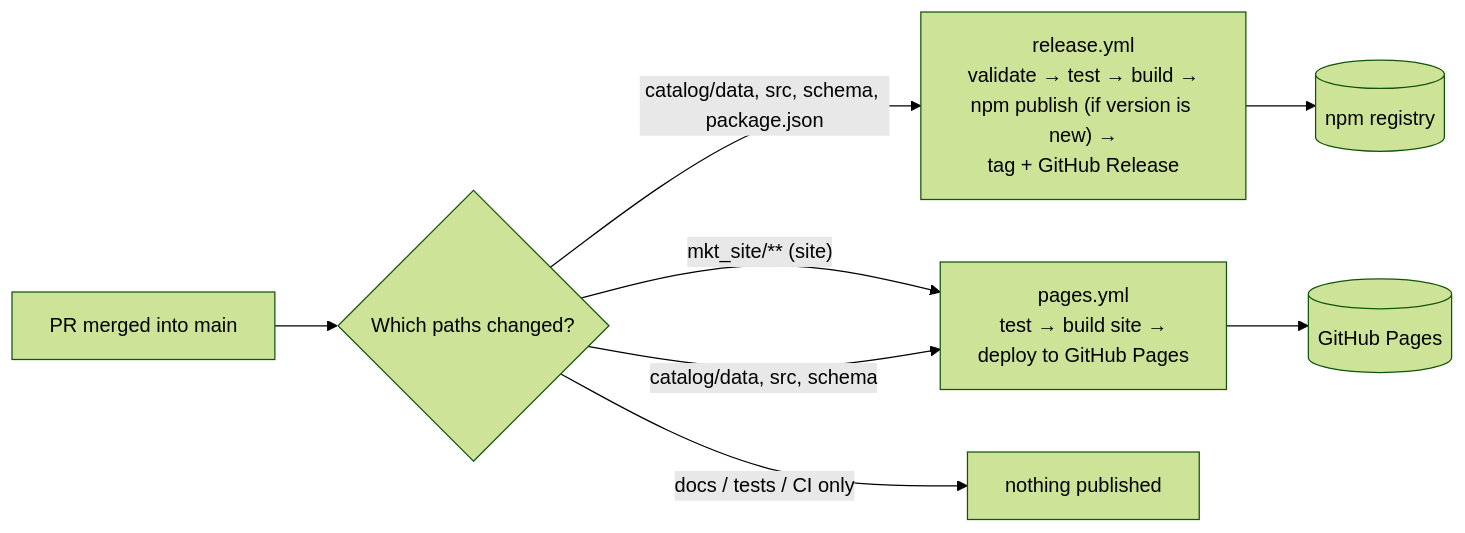
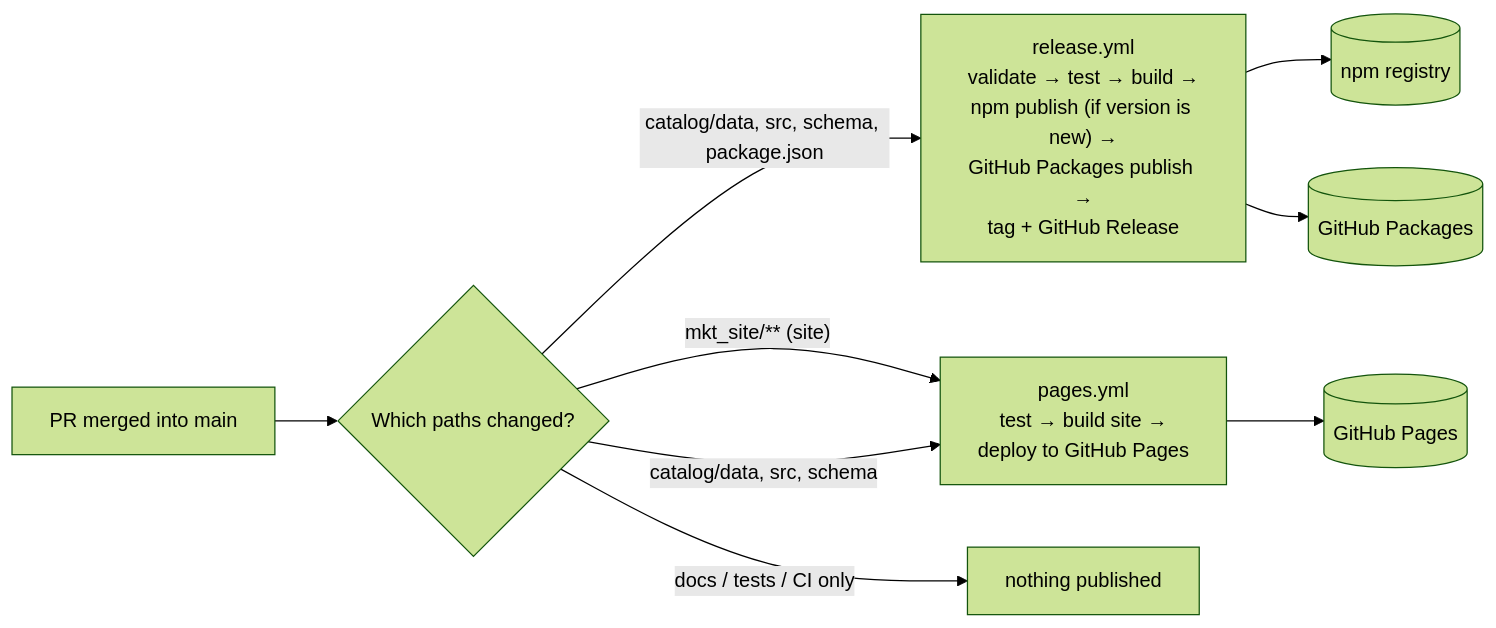
One commit to mhsalves/yugioh-fb-catalog changed the first of 2 diagrams in docs/specs/README.md. Above: the diagram before and after it, drawn with Mermaid (forest theme). The commit also changed other lines of this file and 7 other files, not shown here.

First line of the commit message:
ci(release): Publish the catalog to npm and GitHub Packages after merge (spec 05)

````diff
--- a/docs/specs/README.md
+++ b/docs/specs/README.md
@@ -92,10 +92,11 @@
 ```mermaid
 flowchart LR
     PR["PR merged into main"] --> F{"Which paths changed?"}
-    F -- "catalog/data, src, schema, package.json" --> REL["release.yml<br/>validate → test → build →<br/>npm publish (if version is new) →<br/>tag + GitHub Release"]
+    F -- "catalog/data, src, schema, package.json" --> REL["release.yml<br/>validate → test → build →<br/>npm publish (if version is new) →<br/>GitHub Packages publish →<br/>tag + GitHub Release"]
     F -- "mkt_site/** (site)" --> PAG["pages.yml<br/>test → build site →<br/>deploy to GitHub Pages"]
     F -- "catalog/data, src, schema" --> PAG
     F -- "docs / tests / CI only" --> NOP["nothing published"]
     REL --> NPM[("npm registry")]
+    REL --> GPR[("GitHub Packages")]
     PAG --> GHP[("GitHub Pages")]
 ```
````
